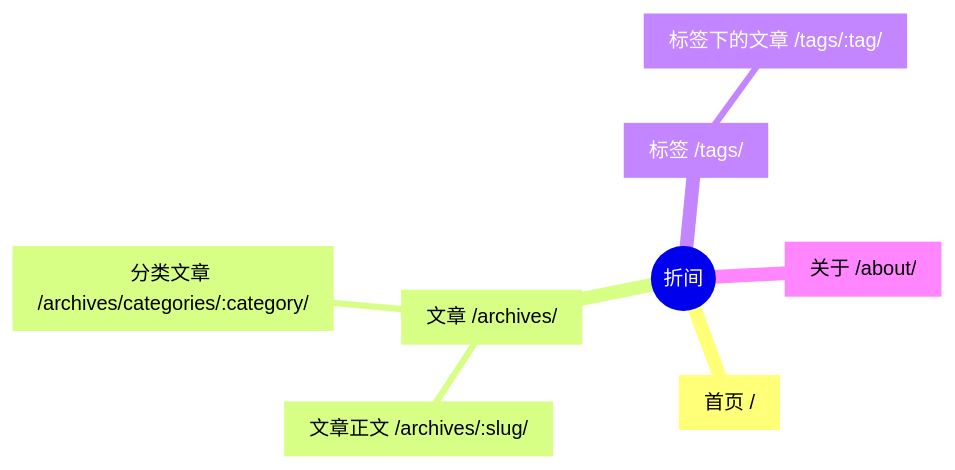
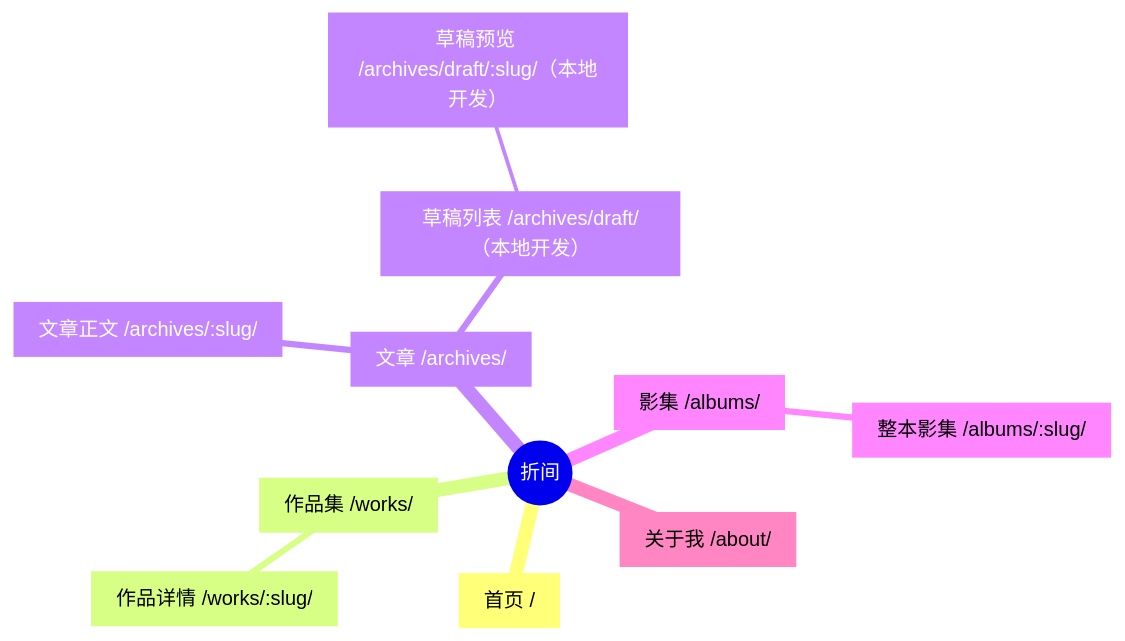
The first of 2 diagrams in docs/page-map.md (155TuT/origami-page), drawn with Mermaid before and after one commit. The commit also changed other lines of this file and 67 other files, not shown here.

````diff
--- a/docs/page-map.md
+++ b/docs/page-map.md
@@ -5,11 +9,14 @@
 ```mermaid
 mindmap
   root((折间))
     home["首页 /"]
+    works["作品集 /works/"]
+      work["作品详情 /works/:slug/"]
     articles["文章 /archives/"]
       post["文章正文 /archives/:slug/"]
-      category["分类文章 /archives/categories/:category/"]
-    tags["标签 /tags/"]
-      tag["标签下的文章 /tags/:tag/"]
-    about["关于 /about/"]
+      drafts["草稿列表 /archives/draft/（本地开发）"]
+        draft["草稿预览 /archives/draft/:slug/（本地开发）"]
+    albums["影集 /albums/"]
+      album["整本影集 /albums/:slug/"]
+    about["关于我 /about/"]
 ```
````
